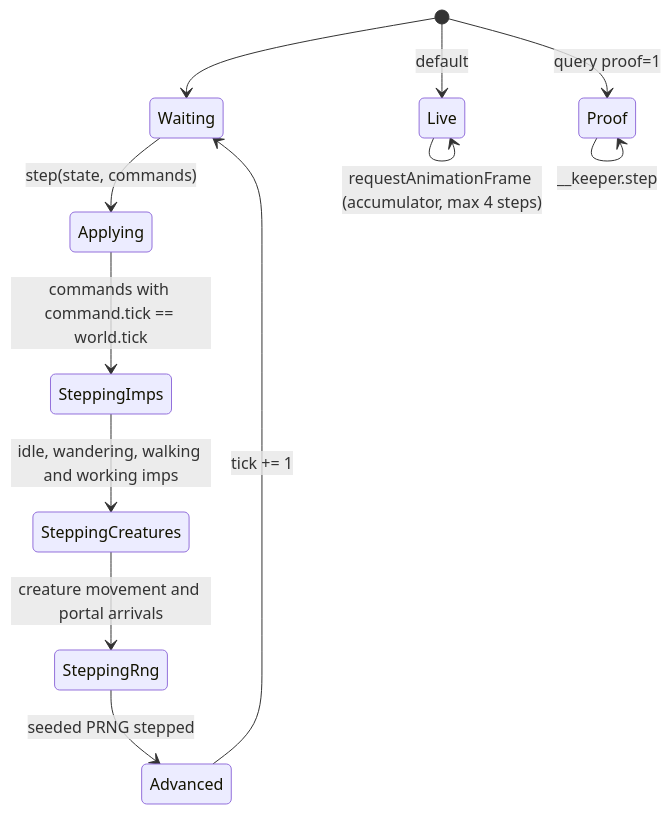
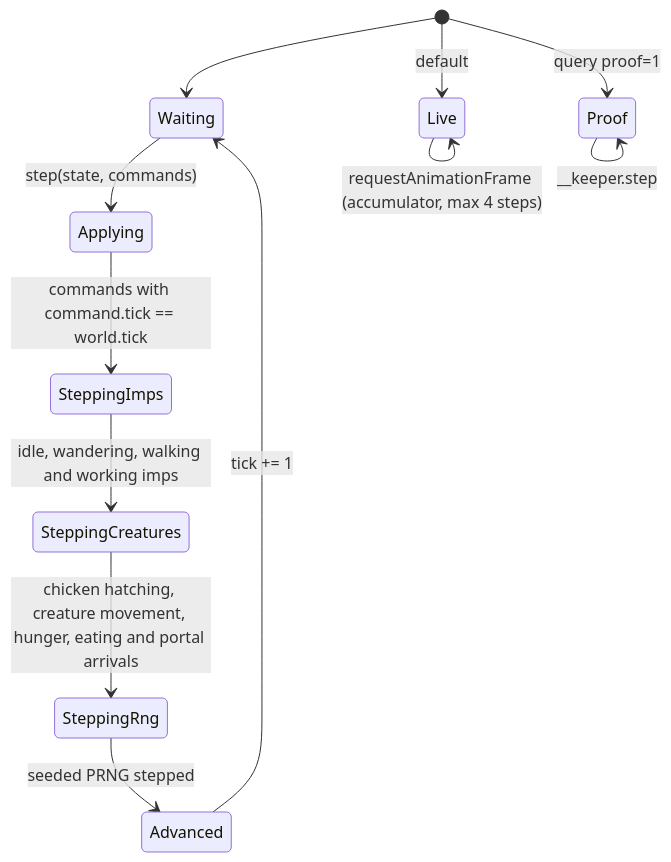
One commit to jmporchet/keeper changed the seventh of 7 diagrams in docs/design.md. Above: the diagram before and after it, drawn with Mermaid. The commit also changed other lines of this file and 22 other files, not shown here.

Commit message:
Hatchery + feeding: chickens in props mesh, creature hunger

````diff
--- a/docs/design.md
+++ b/docs/design.md
@@ -238,14 +245,14 @@
 ```mermaid
 stateDiagram-v2
     [*] --> Waiting
     Waiting --> Applying: step(state, commands)
     Applying --> SteppingImps: commands with command.tick == world.tick
     SteppingImps --> SteppingCreatures: idle, wandering, walking and working imps
-    SteppingCreatures --> SteppingRng: creature movement and portal arrivals
+    SteppingCreatures --> SteppingRng: chicken hatching, creature movement, hunger, eating and portal arrivals
     SteppingRng --> Advanced: seeded PRNG stepped
     Advanced --> Waiting: tick += 1
     [*] --> Live: default
     [*] --> Proof: query proof=1
     Live --> Live: requestAnimationFrame (accumulator, max 4 steps)
     Proof --> Proof: __keeper.step
 ```
````
